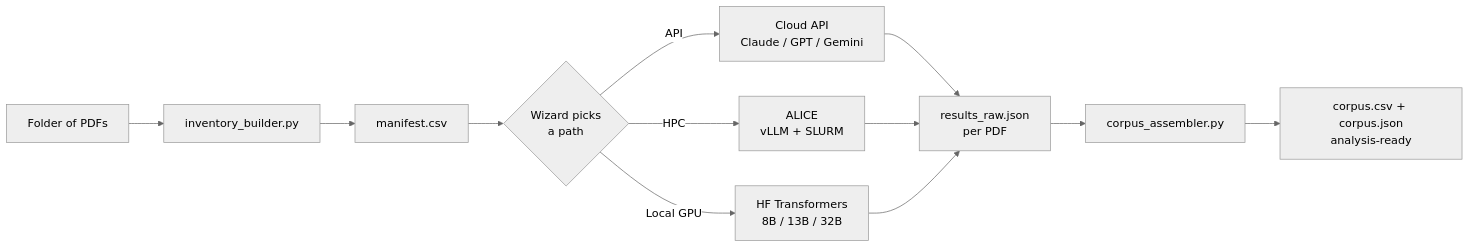
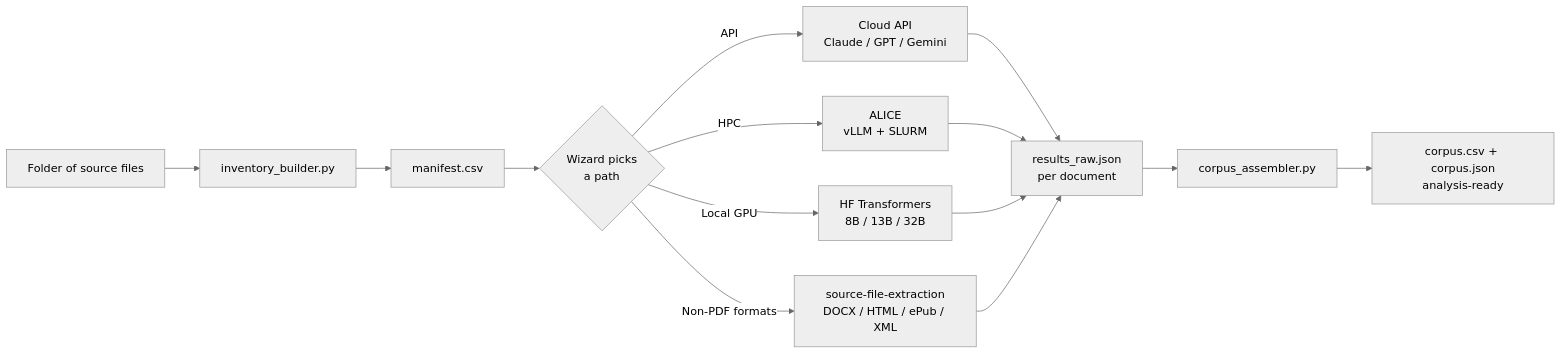
Before and after one commit to scdenney/corpus-building: the diagram in README.md, drawn with Mermaid (neutral theme). The commit also changed other lines of this file and 4 other files, not shown here.

````diff
--- a/README.md
+++ b/README.md
@@ -34,14 +23,16 @@
 ```mermaid
 flowchart LR
-  A[Folder of PDFs] --> B[inventory_builder.py]
+  A[Folder of source files] --> B[inventory_builder.py]
   B --> C[manifest.csv]
   C --> D{Wizard picks<br/>a path}
   D -->|API| E[Cloud API<br/>Claude / GPT / Gemini]
   D -->|HPC| F[ALICE<br/>vLLM + SLURM]
   D -->|Local GPU| G[HF Transformers<br/>8B / 13B / 32B]
-  E --> H[results_raw.json<br/>per PDF]
+  D -->|Non-PDF formats| K[source-file-extraction<br/>DOCX / HTML / ePub / XML]
+  E --> H[results_raw.json<br/>per document]
   F --> H
   G --> H
+  K --> H
   H --> I[corpus_assembler.py]
   I --> J[corpus.csv + corpus.json<br/>analysis-ready]
 ```
````
